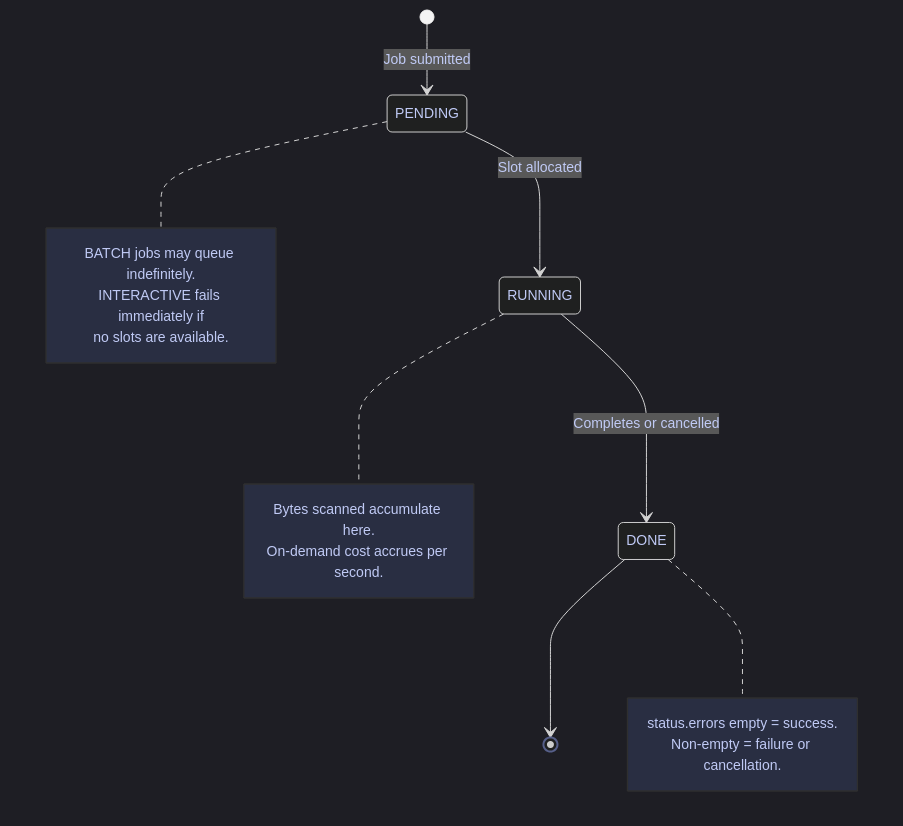
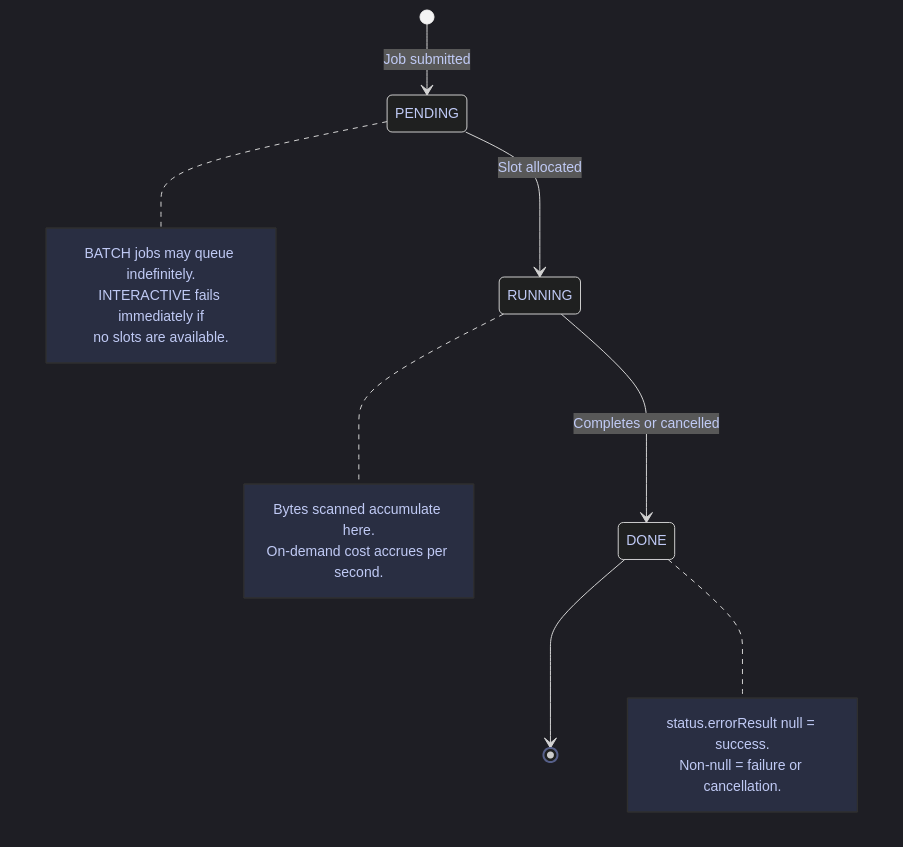
One commit to alp78/elysium changed the diagram in content/06-GCP/03-BigQuery/04-job-management.md. Above: the diagram before and after it, drawn with Mermaid. The commit also changed other lines of this file and 114 other files, not shown here.

````diff
--- a/content/06-GCP/03-BigQuery/04-job-management.md
+++ b/content/06-GCP/03-BigQuery/04-job-management.md
@@ -170,32 +311,32 @@
 ```mermaid
 %%{init: {'theme': 'dark', 'themeVariables': {
   'primaryColor': '#292e42',
   'primaryTextColor': '#c0caf5',
   'primaryBorderColor': '#565f89',
   'lineColor': '#565f89',
   'secondaryColor': '#1a1b26',
   'tertiaryColor': '#24283b',
   'noteTextColor': '#c0caf5',
   'noteBkgColor': '#292e42',
   'textColor': '#c0caf5',
   'fontSize': '14px'
 }}}%%
 stateDiagram-v2
     [*] --> PENDING : Job submitted
     PENDING --> RUNNING : Slot allocated
     RUNNING --> DONE : Completes or cancelled
     DONE --> [*]
     note right of PENDING
         BATCH jobs may queue indefinitely.
         INTERACTIVE fails immediately if
         no slots are available.
     end note
     note right of RUNNING
         Bytes scanned accumulate here.
         On-demand cost accrues per second.
     end note
     note right of DONE
-        status.errors empty = success.
-        Non-empty = failure or cancellation.
+        status.errorResult null = success.
+        Non-null = failure or cancellation.
     end note
 ```
````
